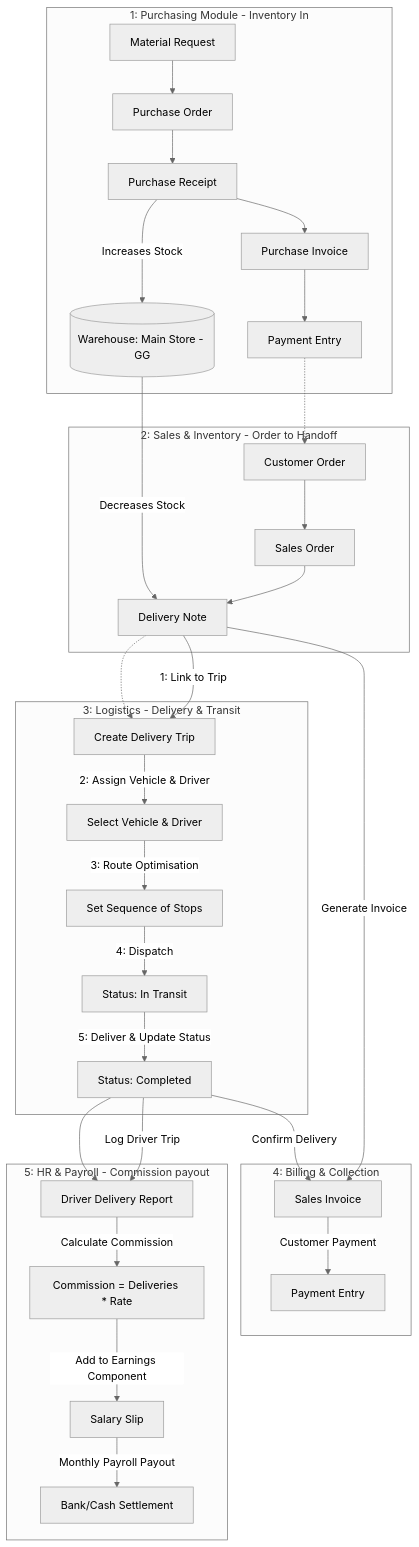
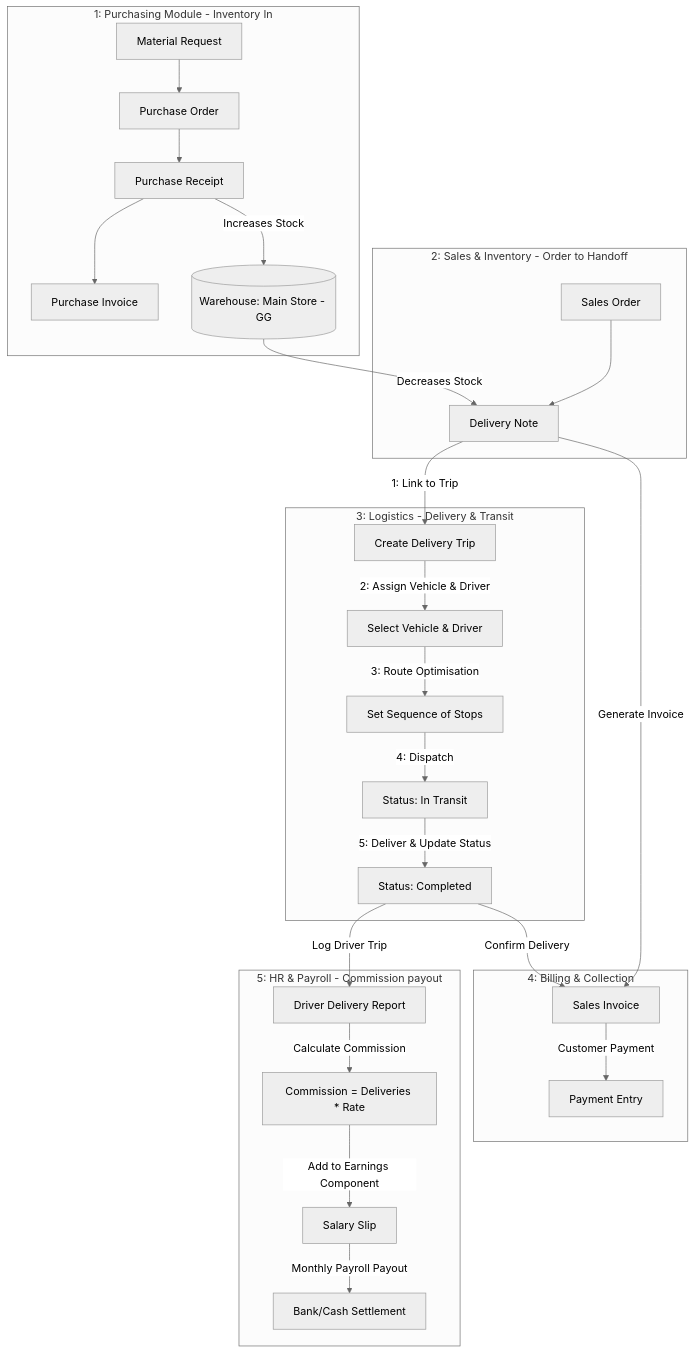
One commit to ZawiaTGF/Obsidian-Vault changed the first of 3 diagrams in Projects/Gatom/Clients/Golden-GM-Water/Golden-GM-Water ERPNext Setup and Workflow.md. Above: the diagram before and after it, drawn with Mermaid (neutral theme). The commit also changed other lines of this file and 2 other files, not shown here.

````diff
--- a/Projects/Gatom/Clients/Golden-GM-Water/Golden-GM-Water ERPNext Setup and Workflow.md
+++ b/Projects/Gatom/Clients/Golden-GM-Water/Golden-GM-Water ERPNext Setup and Workflow.md
@@ -15,43 +15,37 @@
 ```mermaid
 flowchart TD
     %% Subgraphs for visual organization
     subgraph purchasing ["1: Purchasing Module - Inventory In"]
         MR[Material Request] --> PO[Purchase Order]
         PO --> PR[Purchase Receipt]
         PR --> PI[Purchase Invoice]
-        PI --> PayE1[Payment Entry]
         PR -->|Increases Stock| MainWh[(Warehouse: Main Store - GG)]
     end
 
     subgraph sales ["2: Sales & Inventory - Order to Handoff"]
-        CustOrder[Customer Order] --> SO[Sales Order]
-        SO --> DN[Delivery Note]
+        SO[Sales Order] --> DN[Delivery Note]
         MainWh -->|Decreases Stock| DN
     end
 
     subgraph logistics ["3: Logistics - Delivery & Transit"]
         DN -->|1: Link to Trip| DT[Create Delivery Trip]
         DT -->|2: Assign Vehicle & Driver| DT_Assign[Select Vehicle & Driver]
         DT_Assign -->|3: Route Optimisation| DT_Route[Set Sequence of Stops]
         DT_Route -->|4: Dispatch| DT_Transit[Status: In Transit]
         DT_Transit -->|5: Deliver & Update Status| DT_Complete[Status: Completed]
     end
 
     subgraph billing ["4: Billing & Collection"]
         DN -->|Generate Invoice| SI[Sales Invoice]
         DT_Complete -->|Confirm Delivery| SI
         SI -->|Customer Payment| PayE2[Payment Entry]
     end
 
     subgraph hr_payroll ["5: HR & Payroll - Commission payout"]
         DT_Complete -->|Log Driver Trip| DDR[Driver Delivery Report]
         DDR -->|Calculate Commission| SalCalc[Commission = Deliveries * Rate]
         SalCalc -->|Add to Earnings Component| SS[Salary Slip]
         SS -->|Monthly Payroll Payout| Bank[Bank/Cash Settlement]
     end
 
-    %% Connect the stages
-    PayE1 -.-> CustOrder
-    DN -.-> DT
-    DT_Complete --> DDR
 ```
````
